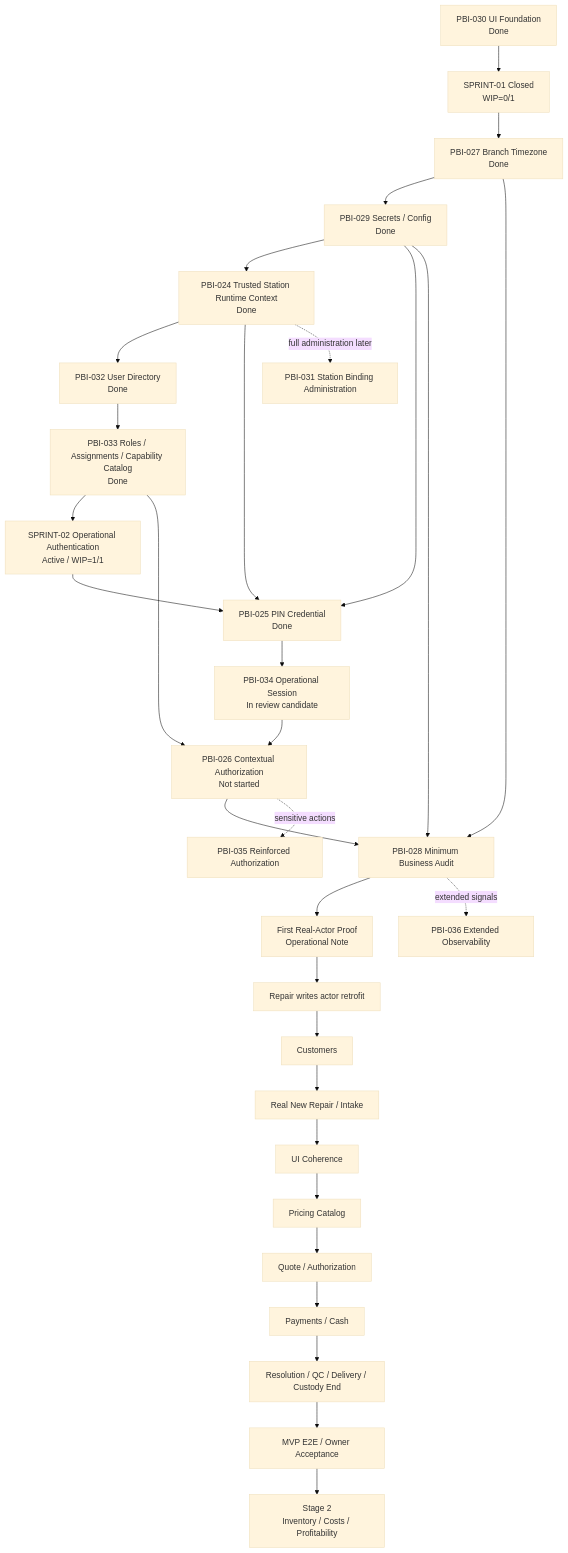
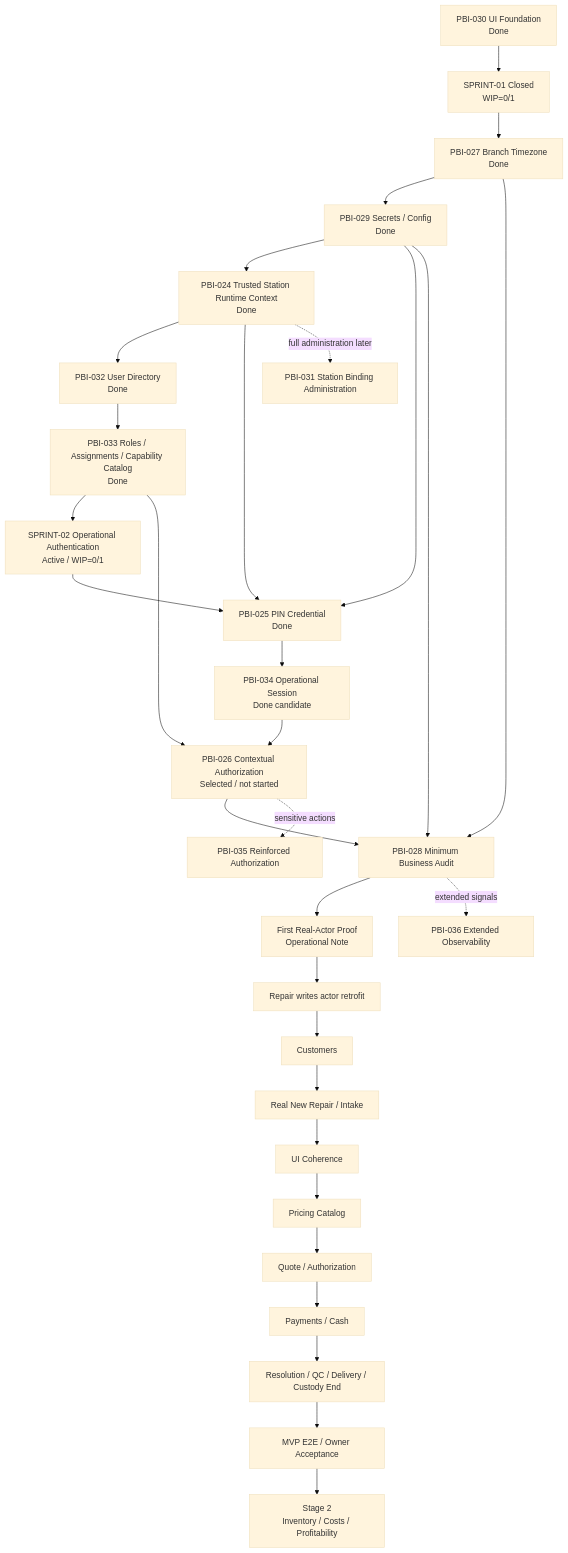
The diagram in docs/backlog/DEPENDENCY_MAP.md (luisgtzaviles/SrTaller-2.0), drawn with Mermaid (base theme) before and after one commit. The commit also changed other lines of this file and 31 other files, not shown here.

Commit message:
docs: close pbi-034 and advance roadmap

````diff
--- a/docs/backlog/DEPENDENCY_MAP.md
+++ b/docs/backlog/DEPENDENCY_MAP.md
@@ -13,33 +13,33 @@
 ```mermaid
 flowchart TD
     P30[PBI-030 UI Foundation<br/>Done] --> S1[SPRINT-01 Closed<br/>WIP=0/1]
     S1 --> P27[PBI-027 Branch Timezone<br/>Done]
     P27 --> P29[PBI-029 Secrets / Config<br/>Done]
     P29 --> P24[PBI-024 Trusted Station Runtime Context<br/>Done]
     P24 --> P32[PBI-032 User Directory<br/>Done]
     P32 --> P33[PBI-033 Roles / Assignments / Capability Catalog<br/>Done]
-    P33 --> S2[SPRINT-02 Operational Authentication<br/>Active / WIP=1/1]
+    P33 --> S2[SPRINT-02 Operational Authentication<br/>Active / WIP=0/1]
     S2 --> P25[PBI-025 PIN Credential<br/>Done]
     P24 --> P25
     P29 --> P25
-    P25 --> P34[PBI-034 Operational Session<br/>In review candidate]
-    P34 --> P26[PBI-026 Contextual Authorization<br/>Not started]
+    P25 --> P34[PBI-034 Operational Session<br/>Done candidate]
+    P34 --> P26[PBI-026 Contextual Authorization<br/>Selected / not started]
     P33 --> P26
     P26 --> P28[PBI-028 Minimum Business Audit]
     P27 --> P28
     P29 --> P28
     P28 --> NOTE[First Real-Actor Proof<br/>Operational Note]
     NOTE --> RETRO[Repair writes actor retrofit]
     RETRO --> CUSTOMERS[Customers]
     CUSTOMERS --> INTAKE[Real New Repair / Intake]
     INTAKE --> POLISH[UI Coherence]
     POLISH --> PRICING[Pricing Catalog]
     PRICING --> QUOTE[Quote / Authorization]
     QUOTE --> MONEY[Payments / Cash]
     MONEY --> DELIVERY[Resolution / QC / Delivery / Custody End]
     DELIVERY --> MVP[MVP E2E / Owner Acceptance]
     P24 -. full administration later .-> P31[PBI-031 Station Binding Administration]
     P26 -. sensitive actions .-> P35[PBI-035 Reinforced Authorization]
     P28 -. extended signals .-> P36[PBI-036 Extended Observability]
     MVP --> STAGE2[Stage 2<br/>Inventory / Costs / Profitability]
 ```
````
